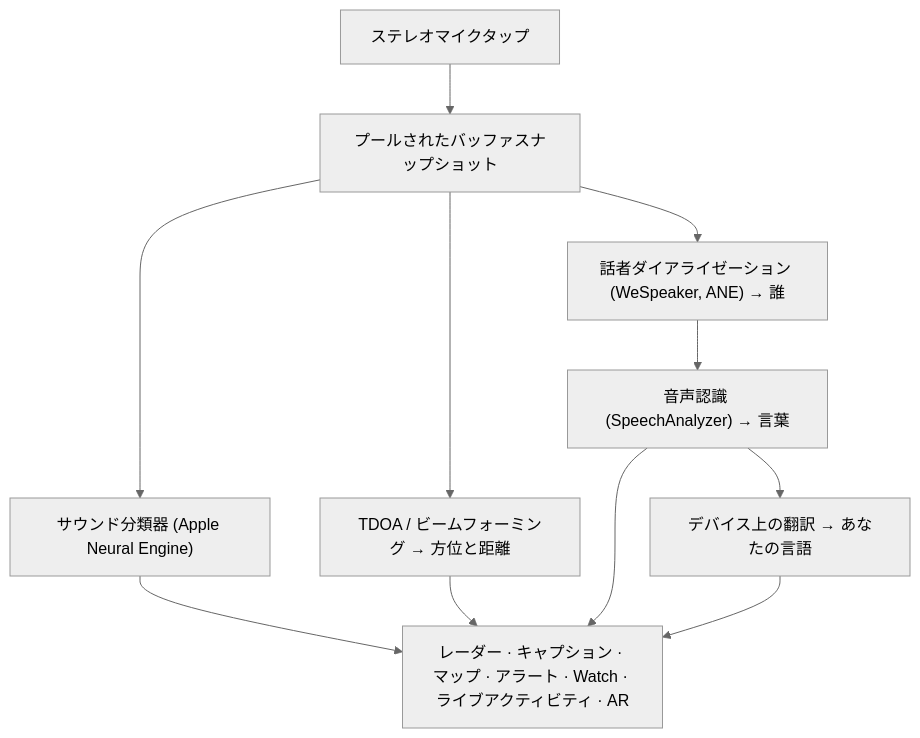
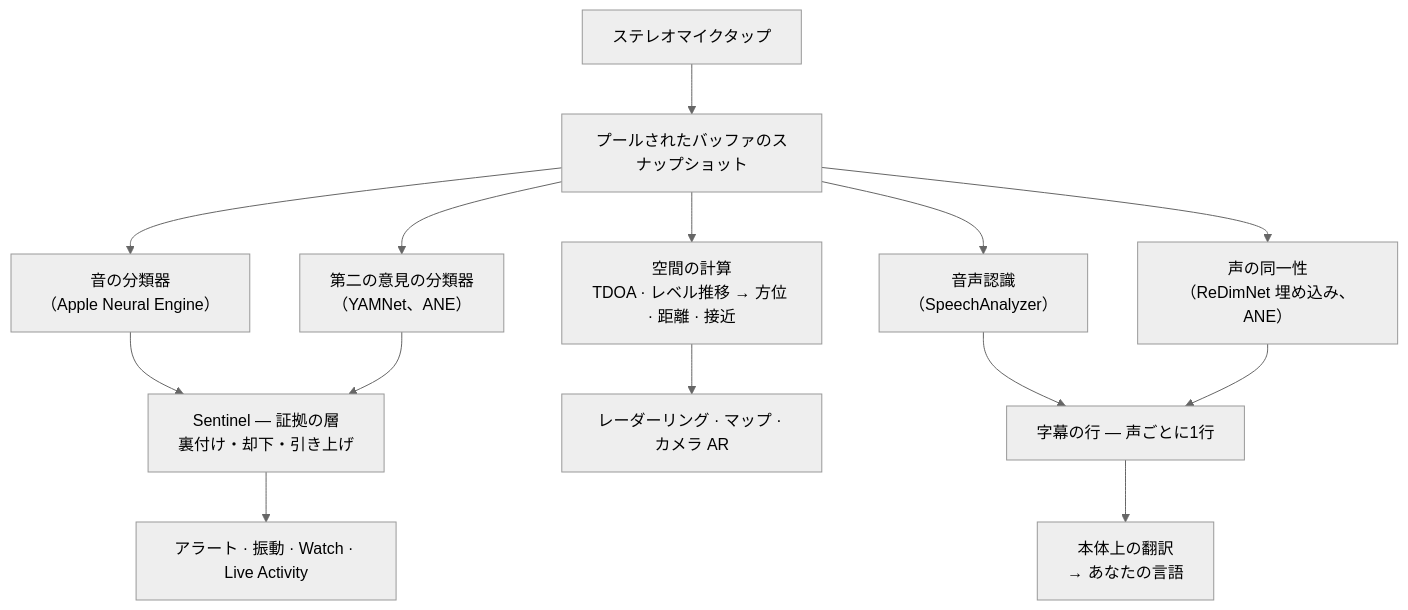
The second of 4 diagrams in README_ja.md (rpalm01-star/VigilantEarLegal), drawn with Mermaid (neutral theme) before and after one commit. The commit also changed other lines of this file and 11 other files, not shown here.

````diff
--- a/README_ja.md
+++ b/README_ja.md
@@ -113,10 +124,16 @@
 ```mermaid
 graph TD
-    A["ステレオマイクタップ"] --> B["プールされたバッファスナップショット"]
-    B --> C["サウンド分類器 (Apple Neural Engine)"]
-    B --> D["TDOA / ビームフォーミング → 方位と距離"]
-    B --> E["話者ダイアライゼーション (WeSpeaker, ANE) → 誰"]
-    E --> F["音声認識 (SpeechAnalyzer) → 言葉"]
-    F --> G["デバイス上の翻訳 → あなたの言語"]
-    C & D & F & G --> H["レーダー · キャプション · マップ · アラート · Watch · ライブアクティビティ · AR"]
+    A["ステレオマイクタップ"] --> B["プールされたバッファのスナップショット"]
+    B --> C["音の分類器<br/>（Apple Neural Engine）"]
+    B --> Y["第二の意見の分類器<br/>（YAMNet、ANE）"]
+    C --> S["Sentinel — 証拠の層<br/>裏付け・却下・引き上げ"]
+    Y --> S
+    S --> H["アラート · 振動 · Watch · Live Activity"]
+    B --> D["空間の計算<br/>TDOA · レベル推移 → 方位 · 距離 · 接近"]
+    D --> R["レーダーリング · マップ · カメラ AR"]
+    B --> F["音声認識<br/>（SpeechAnalyzer）"]
+    B --> E["声の同一性<br/>（ReDimNet 埋め込み、ANE）"]
+    F --> G["字幕の行 — 声ごとに1行"]
+    E --> G
+    G --> T["本体上の翻訳<br/>→ あなたの言語"]
 ```
````
